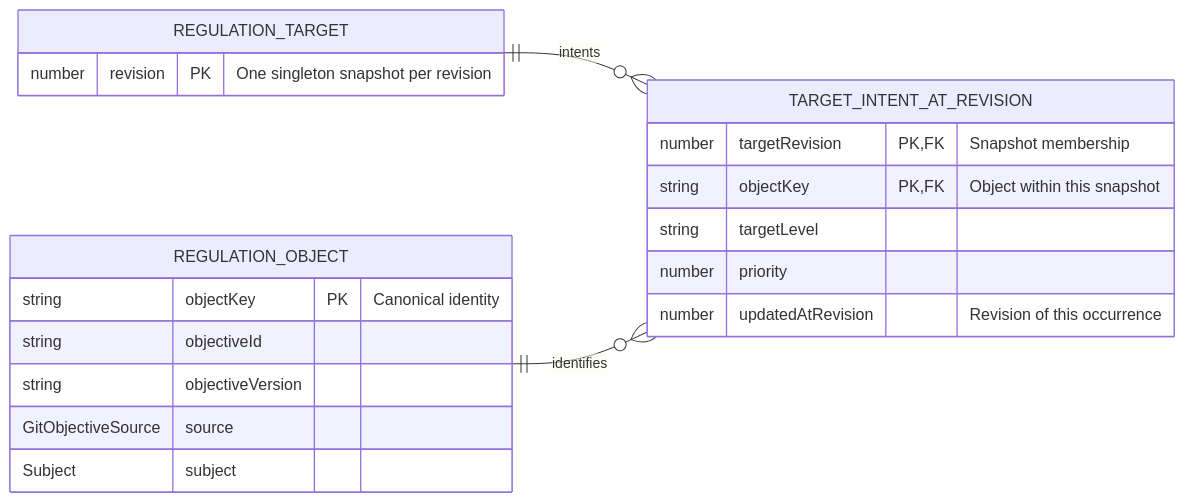
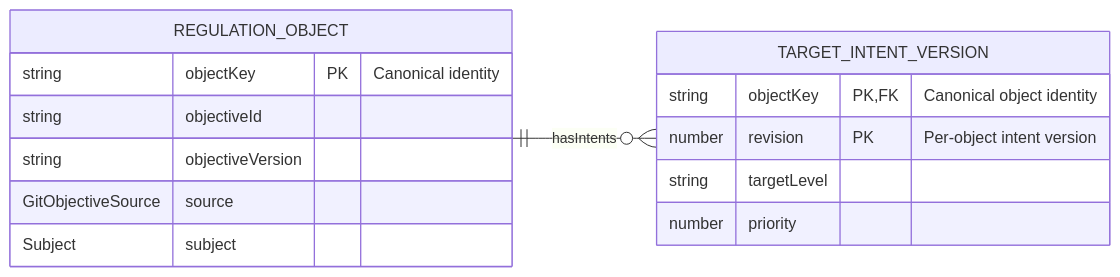
Before and after one commit to shazhou-ww/potential-guide: the first of 2 diagrams in .silvermoon/ideas/01M5E7N9F5Y0ZN1SYKDFYEVA20/outer/inner/ideal/Types.md, drawn with Mermaid. The commit also changed other lines of this file and 5 other files, not shown here.

Commit message:
docs: separate object intent versions from coordinator timeline

````diff
--- a/.silvermoon/ideas/01M5E7N9F5Y0ZN1SYKDFYEVA20/outer/inner/ideal/Types.md
+++ b/.silvermoon/ideas/01M5E7N9F5Y0ZN1SYKDFYEVA20/outer/inner/ideal/Types.md
@@ -23,24 +23,19 @@
 ```mermaid
 erDiagram
     direction LR
-    REGULATION_TARGET ||--o{ TARGET_INTENT_AT_REVISION : intents
-    REGULATION_OBJECT ||--o{ TARGET_INTENT_AT_REVISION : identifies
+    REGULATION_OBJECT ||--o{ TARGET_INTENT_VERSION : hasIntents
 
-    REGULATION_TARGET {
-        number revision PK "One singleton snapshot per revision"
-    }
-    TARGET_INTENT_AT_REVISION {
-        number targetRevision PK, FK "Snapshot membership"
-        string objectKey PK, FK "Object within this snapshot"
+    TARGET_INTENT_VERSION {
+        string objectKey PK, FK "Canonical object identity"
+        number revision PK "Per-object intent version"
         string targetLevel
         number priority
-        number updatedAtRevision "Revision of this occurrence"
     }
     REGULATION_OBJECT {
         string objectKey PK "Canonical identity"
         string objectiveId
         string objectiveVersion
         GitObjectiveSource source
         Subject subject
     }
 ```
````
